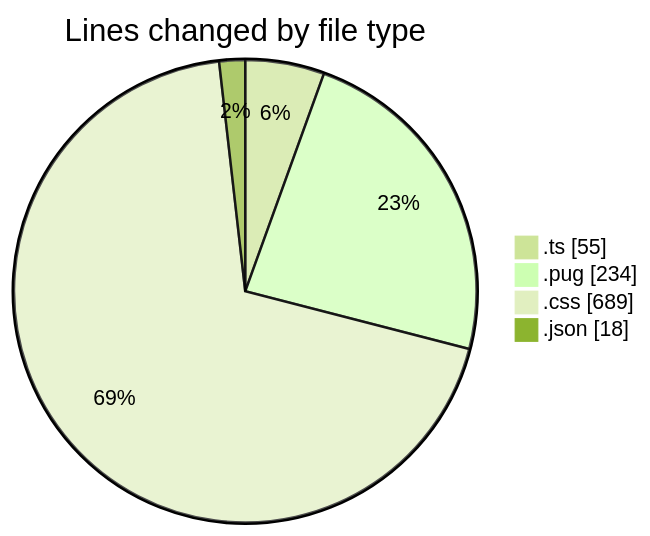
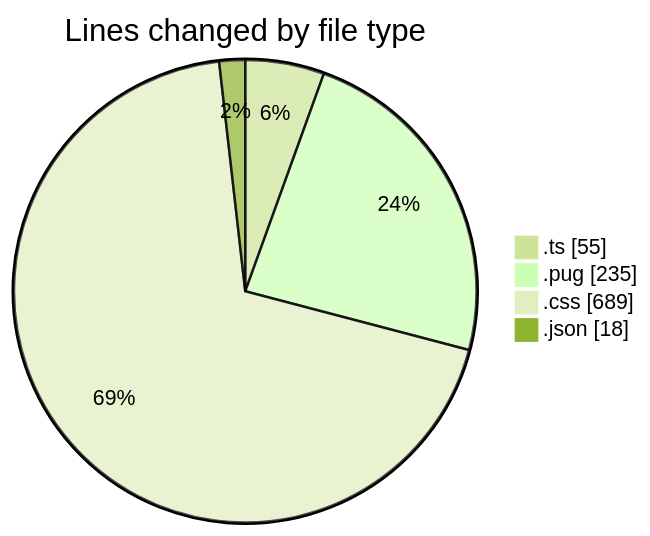
The first of 2 diagrams in 2025-10-31/cda/README.md (momahboobian/code-tracking), drawn with Mermaid (forest theme) before and after one commit. The commit also changed other lines of this file and 1 other file, not shown here.

````diff
--- a/2025-10-31/cda/README.md
+++ b/2025-10-31/cda/README.md
@@ -26,8 +26,8 @@
 ```mermaid
 pie showData
 title Lines changed by file type
 ".ts" : 55
-".pug" : 234
+".pug" : 235
 ".css" : 689
 ".json" : 18
 ```
````
